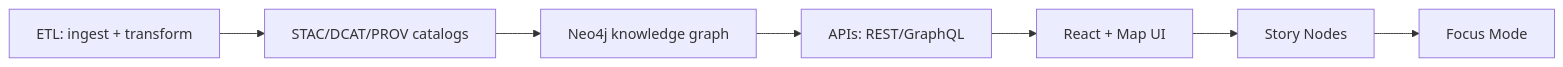
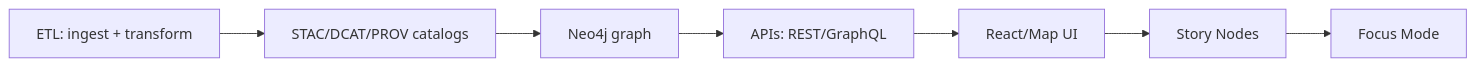
One commit to bartytime4life/Kansas-Frontier-Matrix changed the first of 2 diagrams in README.md. Above: the diagram before and after it, drawn with Mermaid. The commit also changed other lines of this file, not shown here.

```diff
--- a/README.md
+++ b/README.md
@@ -167,9 +208,9 @@
 ~~~mermaid
 flowchart LR
   A[ETL: ingest + transform] --> B[STAC/DCAT/PROV catalogs]
-  B --> C[Neo4j knowledge graph]
+  B --> C[Neo4j graph]
   C --> D[APIs: REST/GraphQL]
-  D --> E[React + Map UI]
+  D --> E[React/Map UI]
   E --> F[Story Nodes]
   F --> G[Focus Mode]
 ~~~
```
